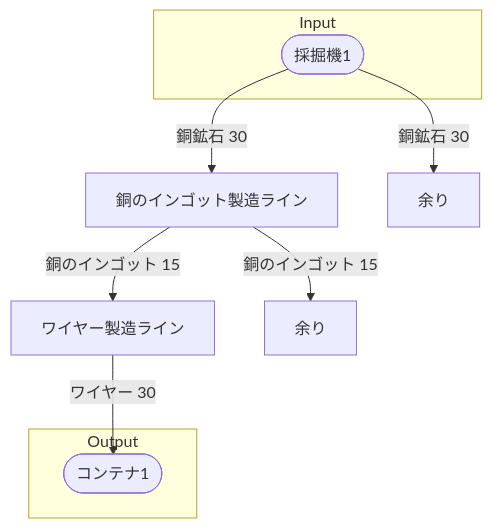
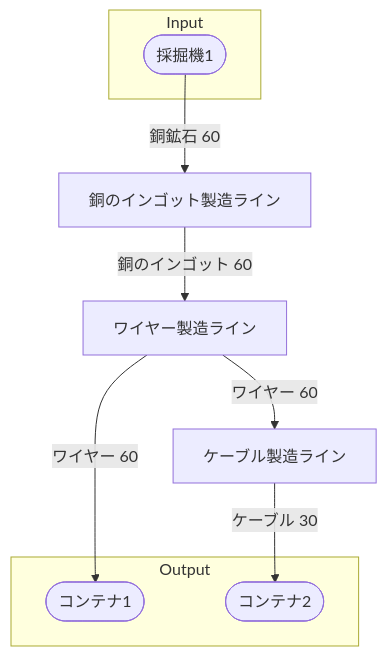
Before and after one commit to Suzuran-Amano/SatisfactoryTaskEfficiency: the diagram in 40_FactoryBuilding/初期一時ワイヤー工場/30‗全体製造ライン設計書/全体製造ライン設計書.md, drawn with Mermaid. The commit also changed other lines of this file and 7 other files, not shown here.

````diff
--- a/40_FactoryBuilding/初期一時ワイヤー工場/30‗全体製造ライン設計書/全体製造ライン設計書.md
+++ b/40_FactoryBuilding/初期一時ワイヤー工場/30‗全体製造ライン設計書/全体製造ライン設計書.md
@@ -24,25 +36,25 @@
 ```mermaid
 flowchart TD
 
 subgraph Input
     採掘機1([採掘機1])
 end
 
 銅のインゴット製造ライン[銅のインゴット製造ライン]
 ワイヤー製造ライン[ワイヤー製造ライン]
-余り1[余り]
-余り2[余り]
+ケーブル製造ライン[ケーブル製造ライン]
 
 subgraph Output
     コンテナ1([コンテナ1])
+    コンテナ2([コンテナ2])
 end
 
 
-採掘機1-->|銅鉱石 30|銅のインゴット製造ライン
-採掘機1-->|銅鉱石 30|余り1
-銅のインゴット製造ライン-->|銅のインゴット 15|ワイヤー製造ライン
-銅のインゴット製造ライン-->|銅のインゴット 15|余り2
-ワイヤー製造ライン-->|ワイヤー 30|コンテナ1
+採掘機1-->|銅鉱石 60|銅のインゴット製造ライン
+銅のインゴット製造ライン-->|銅のインゴット 60|ワイヤー製造ライン
+ワイヤー製造ライン-->|ワイヤー 60|コンテナ1
+ワイヤー製造ライン-->|ワイヤー 60|ケーブル製造ライン
+ケーブル製造ライン-->|ケーブル 30|コンテナ2
 
 
 ```
````
